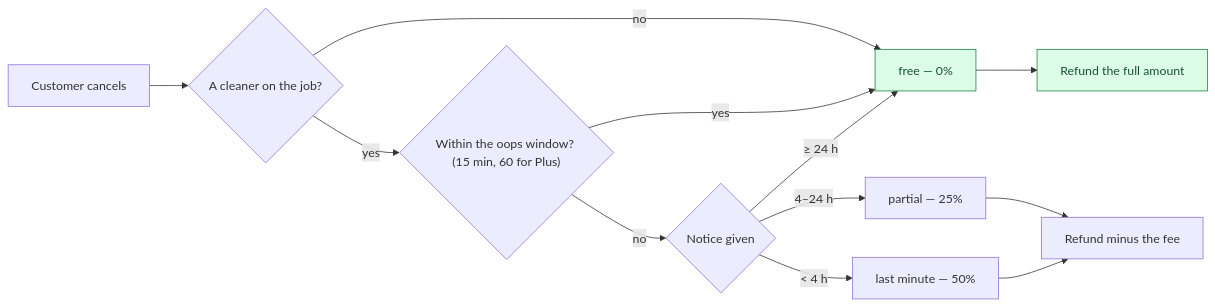
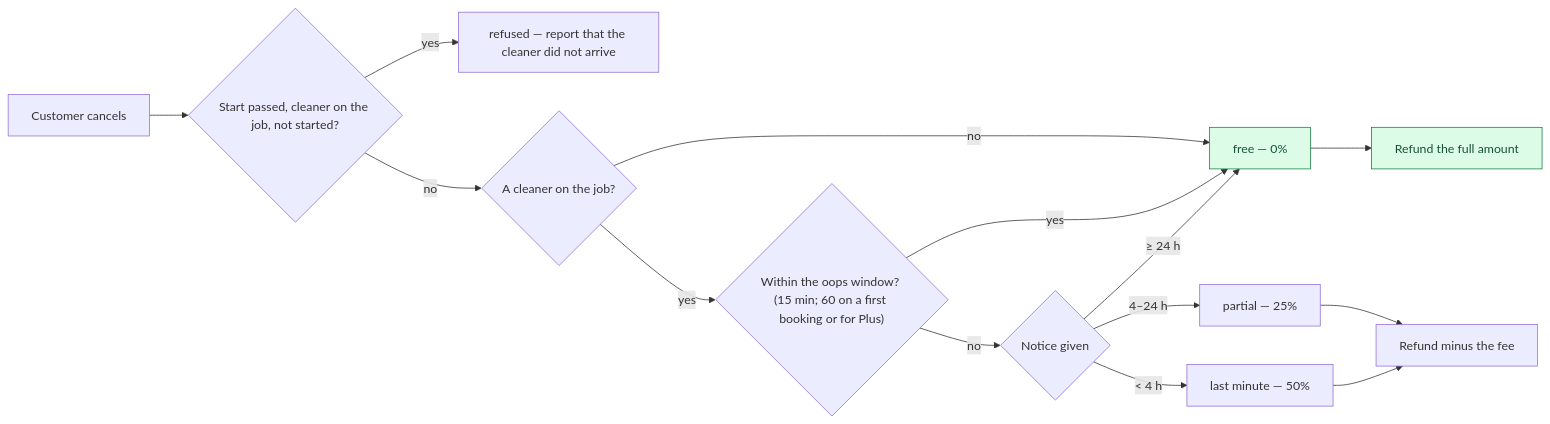
Before and after one commit to VM-s-Solutions/cleansia: the diagram in docs/flows/cancellation-refund-dispute.md, drawn with Mermaid. The commit also changed other lines of this file and 38 other files, not shown here.

````diff
--- a/docs/flows/cancellation-refund-dispute.md
+++ b/docs/flows/cancellation-refund-dispute.md
@@ -7,17 +7,19 @@
 ```mermaid
 flowchart LR
-  A[Customer cancels] --> N{A cleaner on the job?}
+  A[Customer cancels] --> S{"Start passed, cleaner on the job, not started?"}
+  S -- yes --> X["refused — report that the cleaner did not arrive"]
+  S -- no --> N{A cleaner on the job?}
   N -- no --> F["free — 0%"]
-  N -- yes --> B{"Within the oops window? (15 min, 60 for Plus)"}
+  N -- yes --> B{"Within the oops window? (15 min; 60 on a first booking or for Plus)"}
   B -- yes --> F
   B -- no --> C{Notice given}
   C -- "≥ 24 h" --> F
   C -- "4–24 h" --> P["partial — 25%"]
   C -- "< 4 h" --> L["last minute — 50%"]
   F --> R[Refund the full amount]
   P --> R2[Refund minus the fee]
   L --> R2
 
   classDef free fill:#dcfce7,stroke:#15803d,color:#14532d
   class F,R free
 ```
````
